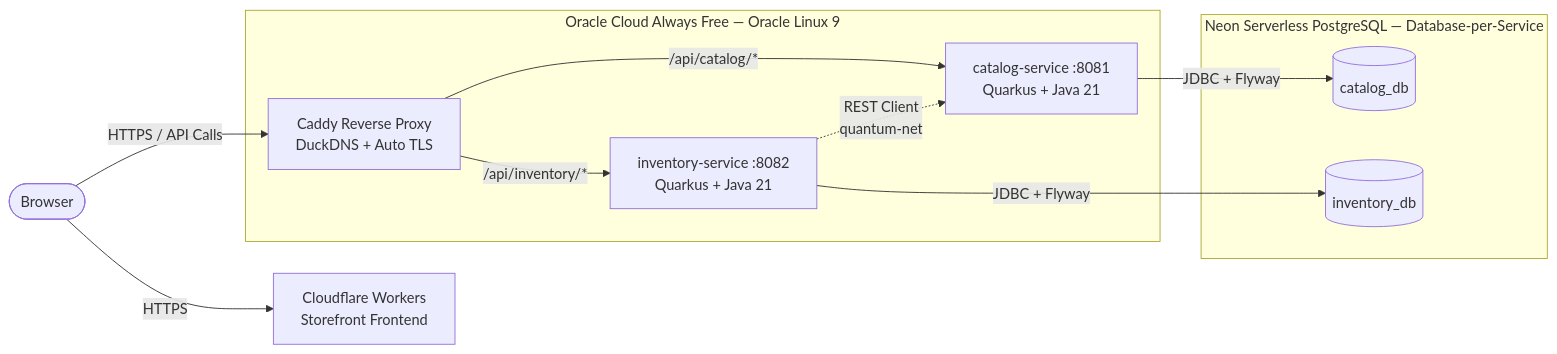
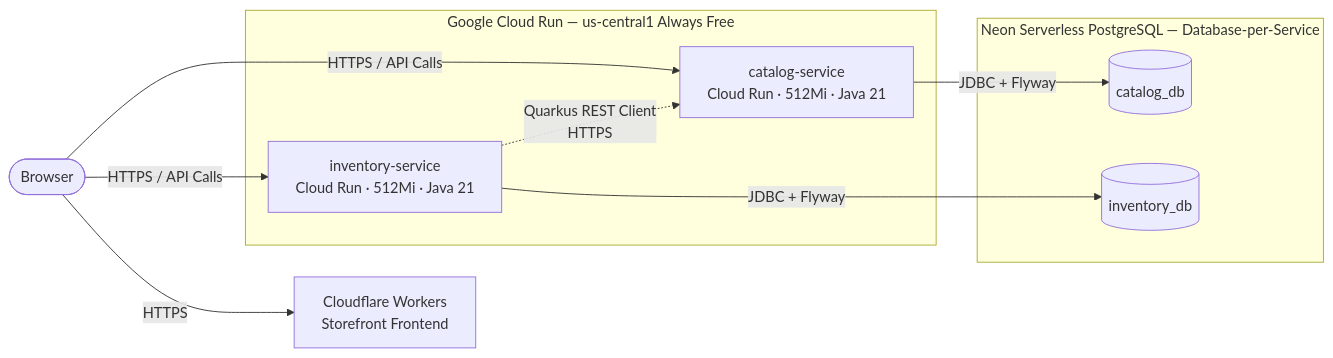
The diagram in README.md (gbolanoscruz/quantum-store-poc), drawn with Mermaid before and after one commit. The commit also changed other lines of this file and 6 other files, not shown here.

Commit message:
docs: add ADR-004 and update runbook/README for Google Cloud Run migration

````diff
--- a/README.md
+++ b/README.md
@@ -7,19 +7,18 @@
 ```mermaid
 flowchart LR
     User([Browser]) -->|HTTPS| CF[Cloudflare Workers<br/>Storefront Frontend]
-    User -->|HTTPS / API Calls| Caddy[Caddy Reverse Proxy<br/>DuckDNS + Auto TLS]
+    User -->|HTTPS / API Calls| Catalog[catalog-service<br/>Cloud Run · 512Mi · Java 21]
+    User -->|HTTPS / API Calls| Inventory[inventory-service<br/>Cloud Run · 512Mi · Java 21]
 
-    subgraph OCI [Oracle Cloud Always Free — Oracle Linux 9]
-        Caddy -->|/api/catalog/*| Catalog[catalog-service :8081<br/>Quarkus + Java 21]
-        Caddy -->|/api/inventory/*| Inventory[inventory-service :8082<br/>Quarkus + Java 21]
-        Inventory -.->|REST Client<br/>quantum-net| Catalog
+    subgraph GCP [Google Cloud Run — us-central1 Always Free]
+        Inventory -.->|Quarkus REST Client<br/>HTTPS| Catalog
     end
 
     subgraph Neon [Neon Serverless PostgreSQL — Database-per-Service]
         CatalogDB[(catalog_db)]
         InventoryDB[(inventory_db)]
     end
 
     Catalog -->|JDBC + Flyway| CatalogDB
     Inventory -->|JDBC + Flyway| InventoryDB
 ```
````
